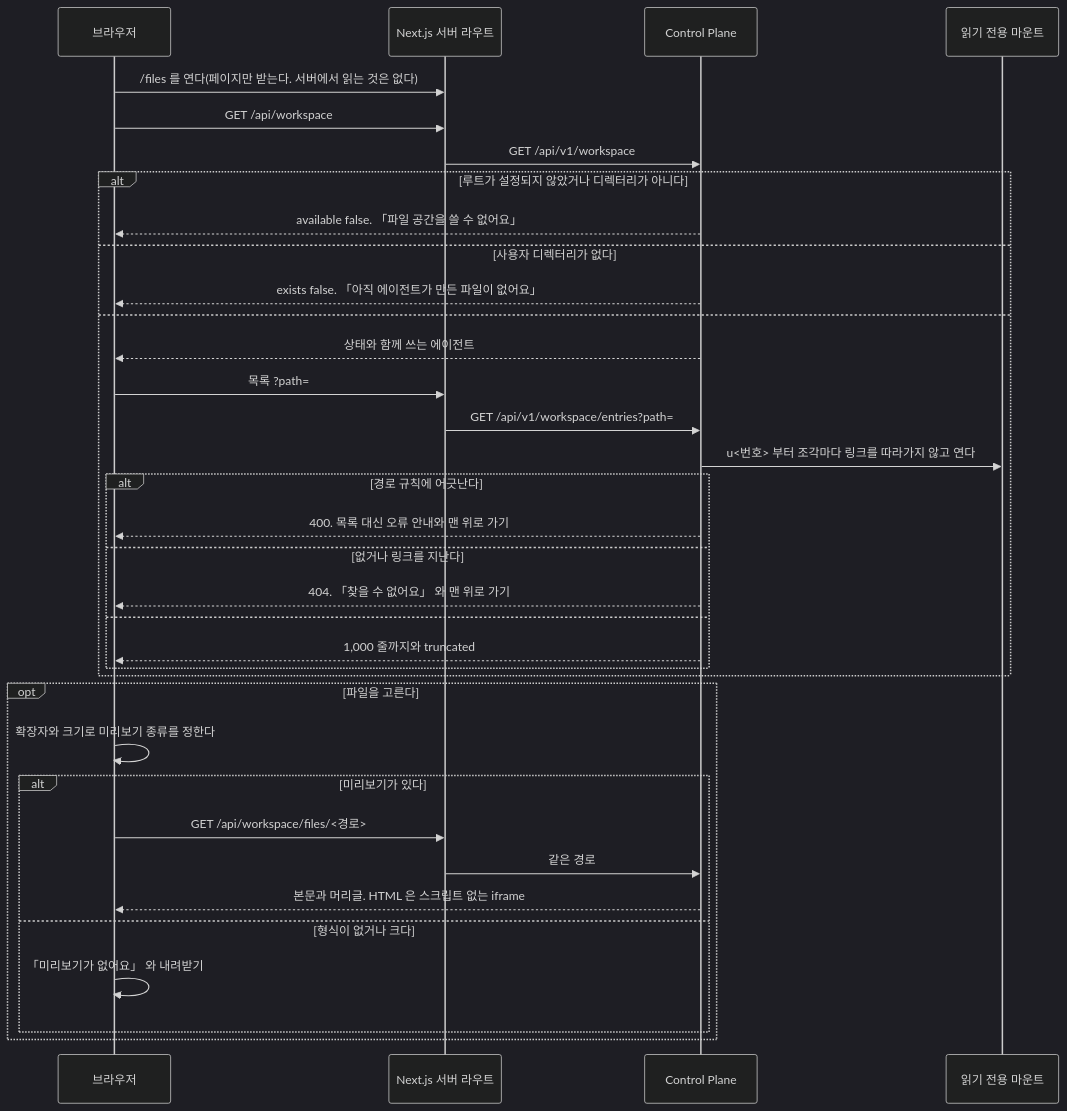
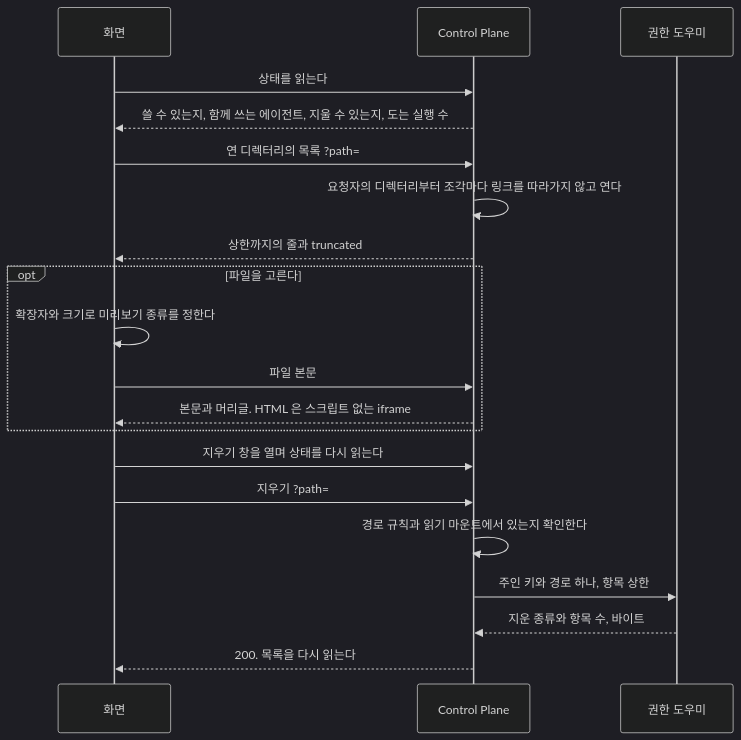
One commit to jon890/fos-assistant changed the diagram in docs/features/workspace.md. Above: the diagram before and after it, drawn with Mermaid (dark theme). The commit also changed other lines of this file and 3 other files, not shown here.

````diff
--- a/docs/features/workspace.md
+++ b/docs/features/workspace.md
@@ -44,38 +17,23 @@
 ```mermaid
 sequenceDiagram
-    participant B as 브라우저
-    participant W as Next.js 서버 라우트
+    participant W as 화면
     participant C as Control Plane
-    participant D as 읽기 전용 마운트
+    participant D as 권한 도우미
 
-    B->>W: /files 를 연다(페이지만 받는다. 서버에서 읽는 것은 없다)
-    B->>W: GET /api/workspace
-    W->>C: GET /api/v1/workspace
-    alt 루트가 설정되지 않았거나 디렉터리가 아니다
-        C-->>B: available false. 「파일 공간을 쓸 수 없어요」
-    else 사용자 디렉터리가 없다
-        C-->>B: exists false. 「아직 에이전트가 만든 파일이 없어요」
-    else
-        C-->>B: 상태와 함께 쓰는 에이전트
-        B->>W: 목록 ?path=
-        W->>C: GET /api/v1/workspace/entries?path=
-        C->>D: u<번호> 부터 조각마다 링크를 따라가지 않고 연다
-        alt 경로 규칙에 어긋난다
-            C-->>B: 400. 목록 대신 오류 안내와 맨 위로 가기
-        else 없거나 링크를 지난다
-            C-->>B: 404. 「찾을 수 없어요」 와 맨 위로 가기
-        else
-            C-->>B: 1,000 줄까지와 truncated
-        end
+    W->>C: 상태를 읽는다
+    C-->>W: 쓸 수 있는지, 함께 쓰는 에이전트, 지울 수 있는지, 도는 실행 수
+    W->>C: 연 디렉터리의 목록 ?path=
+    C->>C: 요청자의 디렉터리부터 조각마다 링크를 따라가지 않고 연다
+    C-->>W: 상한까지의 줄과 truncated
+    opt 파일을 고른다
+        W->>W: 확장자와 크기로 미리보기 종류를 정한다
+        W->>C: 파일 본문
+        C-->>W: 본문과 머리글. HTML 은 스크립트 없는 iframe
     end
-    opt 파일을 고른다
-        B->>B: 확장자와 크기로 미리보기 종류를 정한다
-        alt 미리보기가 있다
-            B->>W: GET /api/workspace/files/<경로>
-            W->>C: 같은 경로
-            C-->>B: 본문과 머리글. HTML 은 스크립트 없는 iframe
-        else 형식이 없거나 크다
-            B->>B: 「미리보기가 없어요」 와 내려받기
-        end
-    end
+    W->>C: 지우기 창을 열며 상태를 다시 읽는다
+    W->>C: 지우기 ?path=
+    C->>C: 경로 규칙과 읽기 마운트에서 있는지 확인한다
+    C->>D: 주인 키와 경로 하나, 항목 상한
+    D-->>C: 지운 종류와 항목 수, 바이트
+    C-->>W: 200. 목록을 다시 읽는다
 ```
````
